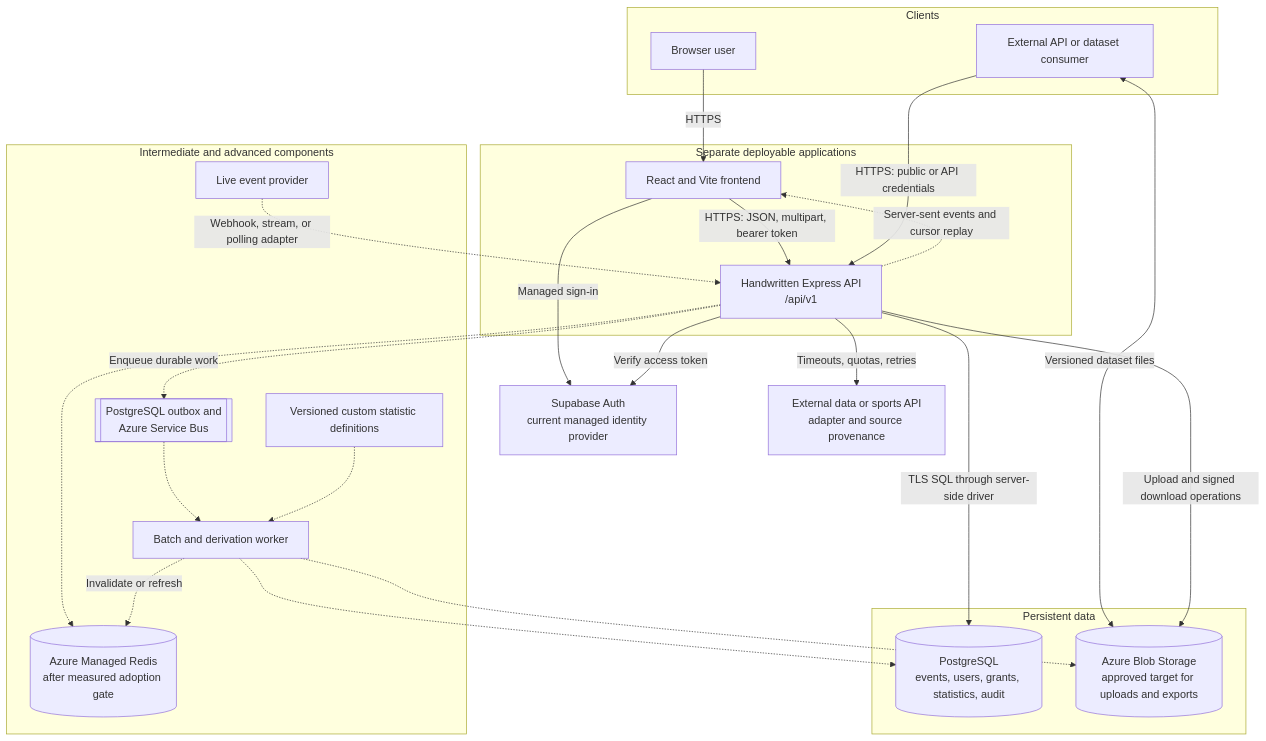
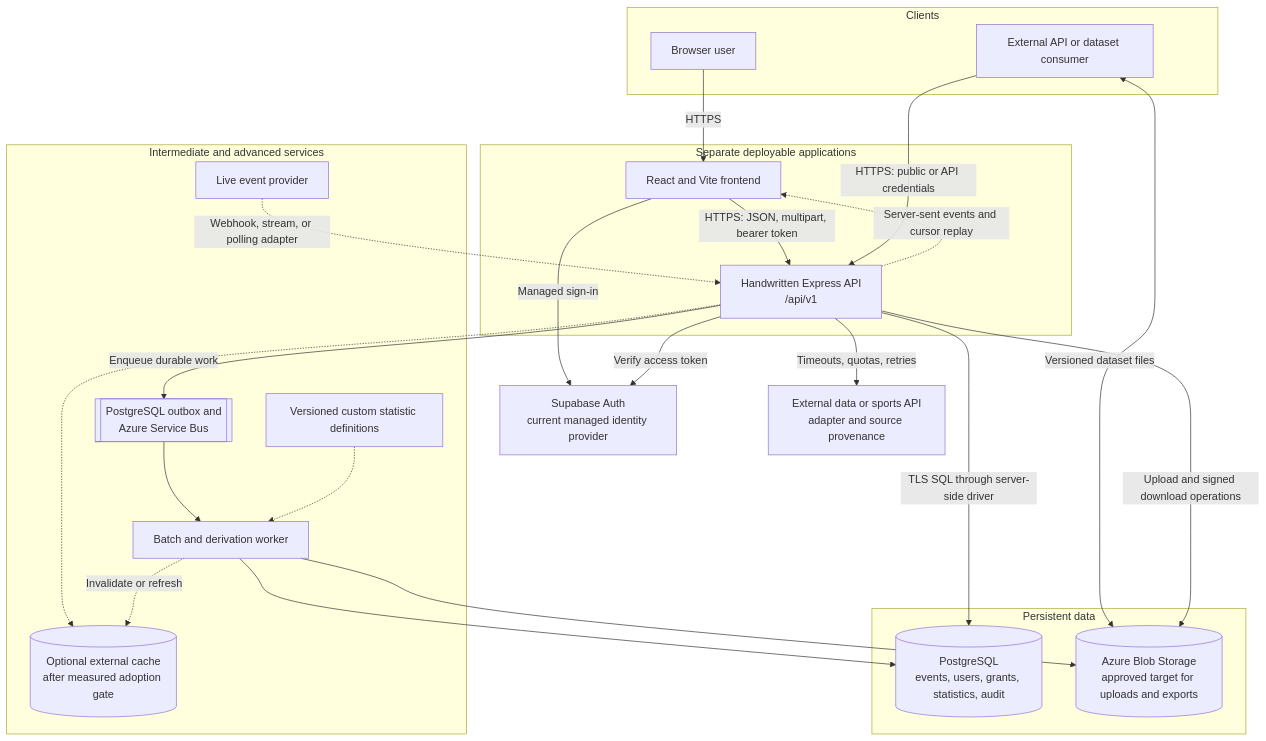
The first of 4 diagrams in docs/architecture/system-architecture.md (NadavSundy/Sport-Analytics-Tool), drawn with Mermaid before and after one commit. The commit also changed other lines of this file and 19 other files, not shown here.

````diff
--- a/docs/architecture/system-architecture.md
+++ b/docs/architecture/system-architecture.md
@@ -94,47 +93,47 @@
 ```mermaid
 flowchart TB
     subgraph Clients[Clients]
         User[Browser user]
         Consumer[External API or dataset consumer]
     end
 
     subgraph Applications[Separate deployable applications]
         Frontend[React and Vite frontend]
         API[Handwritten Express API<br/>/api/v1]
     end
 
     Auth[Supabase Auth<br/>current managed identity provider]
     External[External data or sports API<br/>adapter and source provenance]
 
     subgraph Data[Persistent data]
         DB[(PostgreSQL<br/>events, users, grants, statistics, audit)]
         Files[(Azure Blob Storage<br/>approved target for uploads and exports)]
     end
 
-    subgraph Future[Intermediate and advanced components]
+    subgraph Services[Intermediate and advanced services]
         Queue[[PostgreSQL outbox and<br/>Azure Service Bus]]
         Worker[Batch and derivation worker]
-        Cache[(Azure Managed Redis<br/>after measured adoption gate)]
+        Cache[(Optional external cache<br/>after measured adoption gate)]
         Live[Live event provider]
         Definitions[Versioned custom statistic definitions]
     end
 
     User -->|HTTPS| Frontend
     Frontend -->|Managed sign-in| Auth
     Frontend -->|HTTPS: JSON, multipart, bearer token| API
     Consumer -->|HTTPS: public or API credentials| API
     Consumer <-->|Versioned dataset files| Files
     API -->|Verify access token| Auth
     API -->|TLS SQL through server-side driver| DB
     API -->|Upload and signed download operations| Files
     API -->|Timeouts, quotas, retries| External
-    API -.->|Enqueue durable work| Queue
-    Queue -.-> Worker
-    Worker -.-> DB
-    Worker -.-> Files
+    API -->|Enqueue durable work| Queue
+    Queue --> Worker
+    Worker --> DB
+    Worker --> Files
     API -.-> Cache
     Worker -.->|Invalidate or refresh| Cache
     Live -.->|Webhook, stream, or polling adapter| API
     API -.->|Server-sent events and cursor replay| Frontend
     Definitions -.-> Worker
 ```
````
